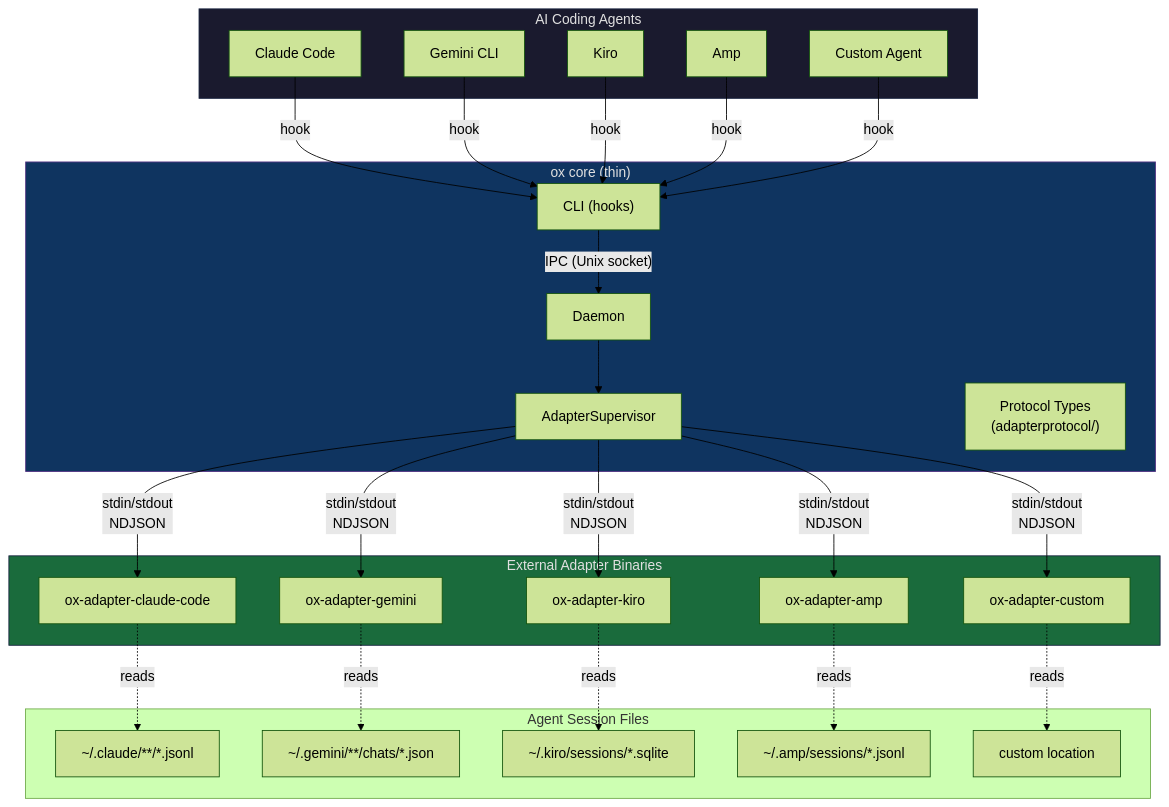
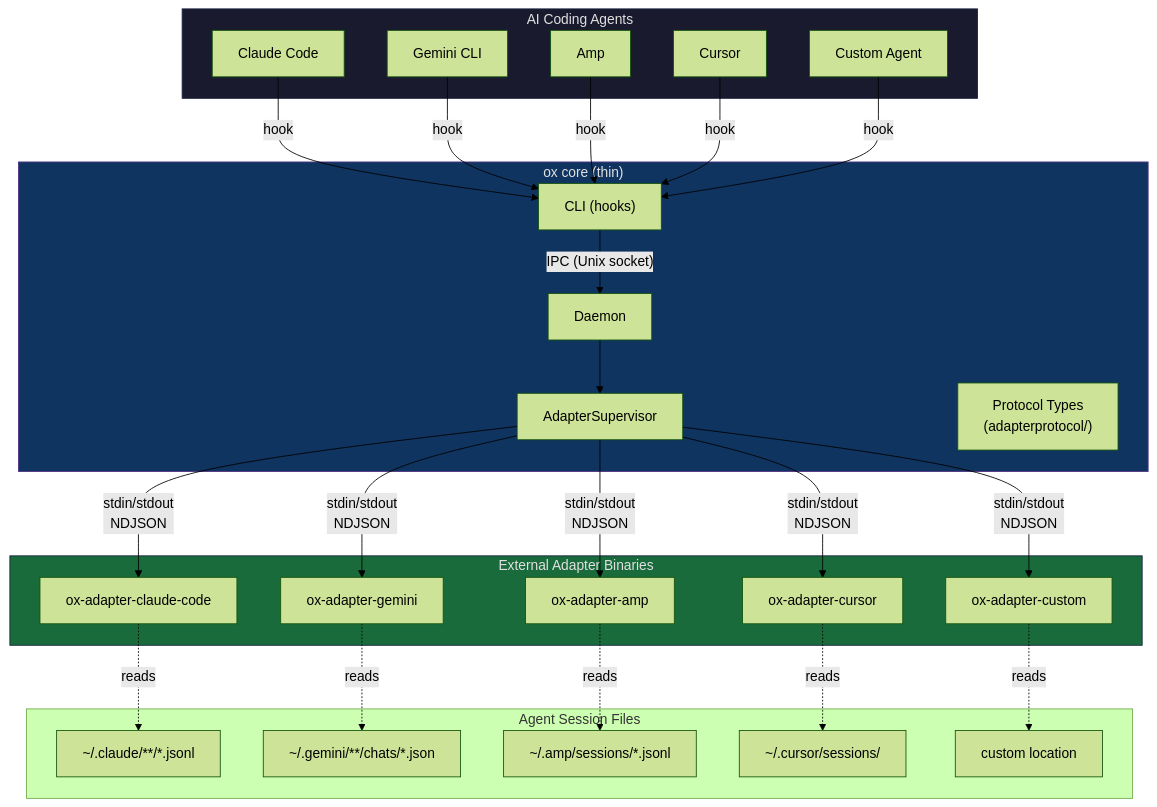
The second of 12 diagrams in adapter/DIAGRAMS.md (sageox/ox), drawn with Mermaid (forest theme) before and after one commit. The commit also changed other lines of this file and 22 other files, not shown here.

````diff
--- a/adapter/DIAGRAMS.md
+++ b/adapter/DIAGRAMS.md
@@ -45,58 +45,58 @@
 ```mermaid
 graph TB
     subgraph agents["AI Coding Agents"]
         Claude["Claude Code"]
         Gemini["Gemini CLI"]
-        Kiro["Kiro"]
         Amp["Amp"]
+        Cursor["Cursor"]
         Custom["Custom Agent"]
     end
 
     subgraph ox_core["ox core (thin)"]
         CLI["CLI (hooks)"]
         D["Daemon"]
         AS["AdapterSupervisor"]
         Proto["Protocol Types<br/>(adapterprotocol/)"]
     end
 
     subgraph adapters["External Adapter Binaries"]
         A1["ox-adapter-claude-code"]
         A2["ox-adapter-gemini"]
-        A3["ox-adapter-kiro"]
-        A4["ox-adapter-amp"]
+        A3["ox-adapter-amp"]
+        A4["ox-adapter-cursor"]
         A5["ox-adapter-custom"]
     end
 
     subgraph session_files["Agent Session Files"]
         SF1["~/.claude/**/*.jsonl"]
         SF2["~/.gemini/**/chats/*.json"]
-        SF3["~/.kiro/sessions/*.sqlite"]
-        SF4["~/.amp/sessions/*.jsonl"]
+        SF3["~/.amp/sessions/*.jsonl"]
+        SF4["~/.cursor/sessions/"]
         SF5["custom location"]
     end
 
     Claude -->|hook| CLI
     Gemini -->|hook| CLI
-    Kiro -->|hook| CLI
     Amp -->|hook| CLI
+    Cursor -->|hook| CLI
     Custom -->|hook| CLI
 
     CLI -->|"IPC (Unix socket)"| D
     D --> AS
 
     AS -->|"stdin/stdout<br/>NDJSON"| A1
     AS -->|"stdin/stdout<br/>NDJSON"| A2
     AS -->|"stdin/stdout<br/>NDJSON"| A3
     AS -->|"stdin/stdout<br/>NDJSON"| A4
     AS -->|"stdin/stdout<br/>NDJSON"| A5
 
     A1 -.->|reads| SF1
     A2 -.->|reads| SF2
     A3 -.->|reads| SF3
     A4 -.->|reads| SF4
     A5 -.->|reads| SF5
 
     style ox_core fill:#0f3460,stroke:#533483,color:#e0e0e0
     style adapters fill:#1a6b3c,stroke:#16213e,color:#e0e0e0
     style agents fill:#1a1a2e,stroke:#16213e,color:#e0e0e0
 ```
````
